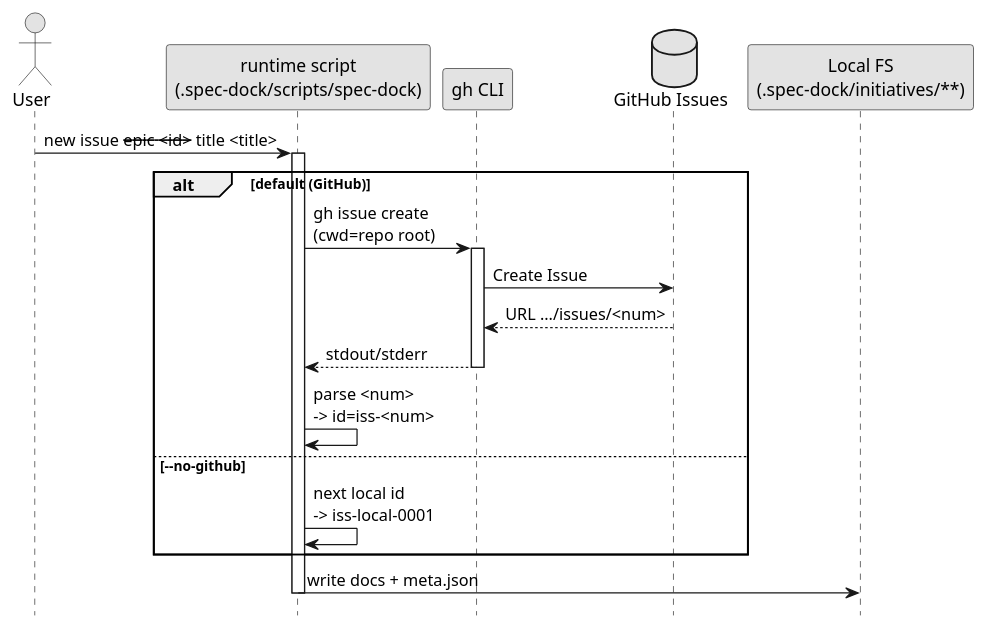
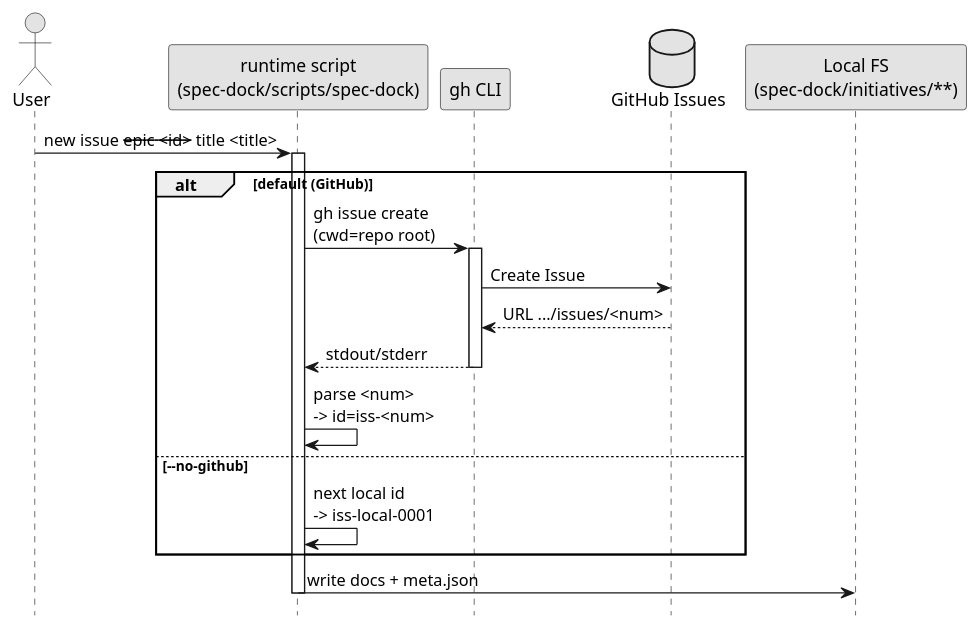
The diagram in src/spec_dock/assets/spec_dock/docs/github.md (chemitaro/spec-dock), drawn with PlantUML before and after one commit. The commit also changed other lines of this file and 26 other files, not shown here.

Commit message:
chore: spec-dock ディレクトリ参照を非ドット表記に統一 - README や docs/multilingual assets で `.spec-dock` から `spec-dock` に名称を差し替え - CLI/スクリプト内の定数や説明文に新しいディレクトリ名と旧名の案内を加え - テストで `spec-dock` 配下のファイル/マーカーを検証するよう更新

````diff
--- a/src/spec_dock/assets/spec_dock/docs/github.md
+++ b/src/spec_dock/assets/spec_dock/docs/github.md
@@ -54,30 +54,30 @@
 ```plantuml
 @startuml
 skinparam monochrome true
 hide footbox
 
 actor User
-participant "runtime script\n(.spec-dock/scripts/spec-dock)" as Script
+participant "runtime script\n(spec-dock/scripts/spec-dock)" as Script
 participant "gh CLI" as GH
 database "GitHub Issues" as GHI
-participant "Local FS\n(.spec-dock/initiatives/**)" as FS
+participant "Local FS\n(spec-dock/initiatives/**)" as FS
 
 User -> Script: new issue --epic <id> --title <title>
 activate Script
 
 alt default (GitHub)
   Script -> GH: gh issue create\n(cwd=repo root)
   activate GH
   GH -> GHI: Create Issue
   GHI --> GH: URL .../issues/<num>
   GH --> Script: stdout/stderr
   deactivate GH
   Script -> Script: parse <num>\n-> id=iss-<num>
 else --no-github
   Script -> Script: next local id\n-> iss-local-0001
 end
 
 Script -> FS: write docs + meta.json
 deactivate Script
 @enduml
 ```
````
